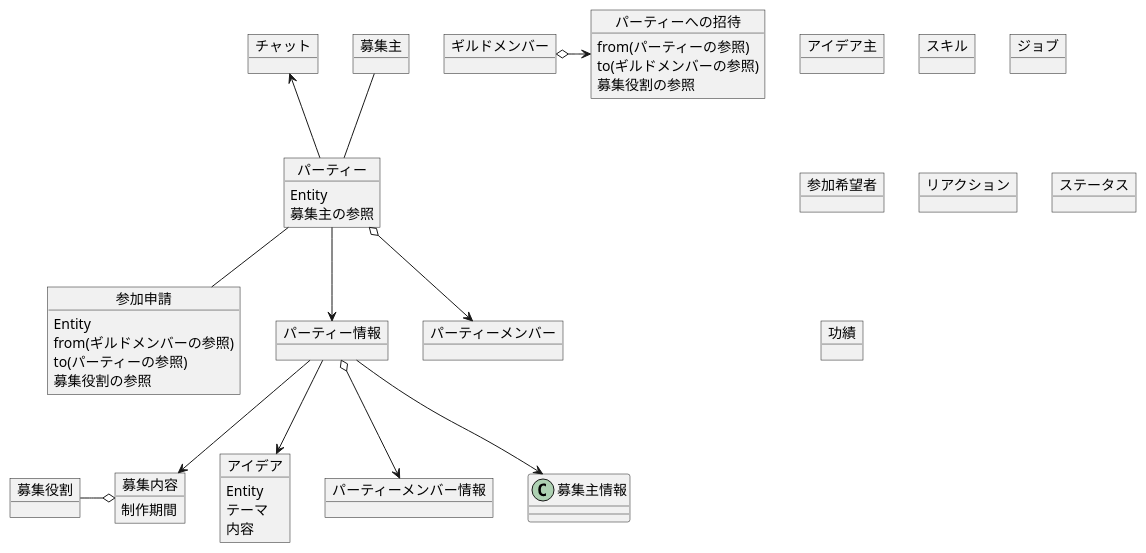
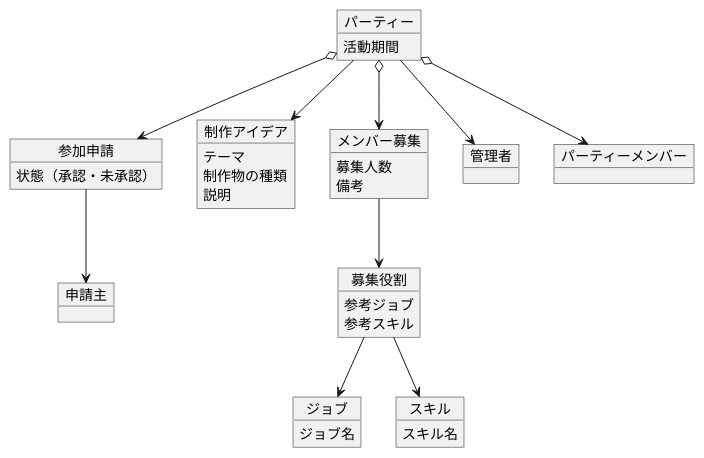
Before and after one commit to 44x1carbon/oic-rpg-doc: the diagram in design/domain_model.puml.md, drawn with PlantUML. The commit also changed other lines of this file, not shown here.

Commit message:
ドメインモデル図修正

````diff
--- a/design/domain_model.puml.md
+++ b/design/domain_model.puml.md
@@ -57,62 +2,53 @@
 ```uml
 @startuml
 
-object ギルドメンバー
-object アイデア主
-object 募集主
-object アイデア {
-    Entity
-    テーマ
-    内容
-}
 object パーティー {
-    Entity
-    募集主の参照
-}
-object 参加申請 {
-    Entity
-    from(ギルドメンバーの参照)
-    to(パーティーの参照)
-    募集役割の参照
-}
-object 募集役割
-object パーティーへの招待 {
-    from(パーティーの参照)
-    to(ギルドメンバーの参照)
-    募集役割の参照
-}
-object スキル
-object ジョブ
-object チャット
-object 参加希望者
-object リアクション
-object ステータス
-object 功績
-object パーティー情報
-object パーティーメンバー
-object パーティーメンバー情報
-object 募集内容 {
-    制作期間
+    活動期間
 }
 
+object 参加申請 {
+    状態（承認・未承認）
+}
 
+object 制作アイデア {
+    テーマ
+    制作物の種類
+    説明
+}
 
-パーティー情報 -do-> アイデア
+object メンバー募集 {
+    募集人数
+    備考
+}
 
-パーティー -do- 参加申請
-パーティー -up-> チャット
-募集主 -- パーティー
-募集内容 o-le募集役割
-パーティー情報 -do-> 募集内容
-パーティー情報 o-do-> パーティーメンバー情報
-パーティー情報 -do-> 募集主情報
-パーティー --> パーティー情報
+object 募集役割 {
+    参考ジョブ
+    参考スキル
+}
+
+object ジョブ {
+    ジョブ名
+}
+
+object スキル {
+    スキル名
+}
+
+object 管理者
+object 申請主
+object パーティーメンバー
+
+パーティー --> 管理者
+パーティー --> 制作アイデア
+パーティー o--> メンバー募集
+パーティー o--> 参加申請
 パーティー o--> パーティーメンバー
-ギルドメンバー o-> パーティーへの招待
-
-
+参加申請 --> 申請主
+メンバー募集 --> 募集役割
+募集役割 --> スキル
+募集役割 --> ジョブ
 
 
 
 @enduml
 ```
````
